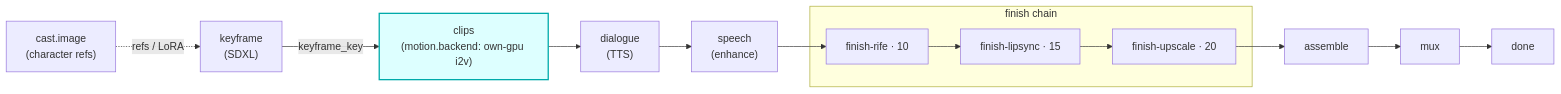
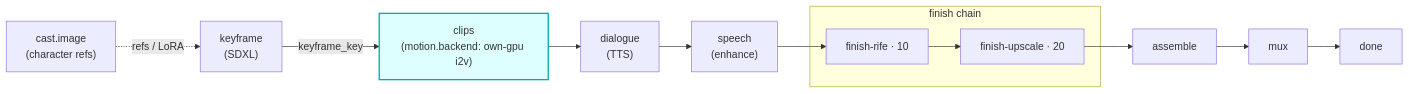
Before and after one commit to skyphusion-labs/vivijure-cf: the diagram in modules/own-gpu/README.md, drawn with Mermaid. The commit also changed 96 other files, not shown here.

````diff
--- a/modules/own-gpu/README.md
+++ b/modules/own-gpu/README.md
@@ -13,21 +13,20 @@
 ```mermaid
 flowchart LR
   cast["cast.image<br/>(character refs)"]
   kf["keyframe<br/>(SDXL)"]
   clips["clips<br/>(motion.backend: own-gpu i2v)"]
   dlg["dialogue<br/>(TTS)"]
   sp["speech<br/>(enhance)"]
   subgraph finish["finish chain"]
     rife["finish-rife · 10"]
-    ls["finish-lipsync · 15"]
     up["finish-upscale · 20"]
   end
   asm["assemble"]
   mux["mux"]
   done["done"]
 
   cast -. "refs / LoRA" .-> kf
-  kf -- "keyframe_key" --> clips --> dlg --> sp --> rife --> ls --> up --> asm --> mux --> done
+  kf -- "keyframe_key" --> clips --> dlg --> sp --> rife --> up --> asm --> mux --> done
 
   style clips fill:#dff,stroke:#0aa,stroke-width:2px
 ```
````
